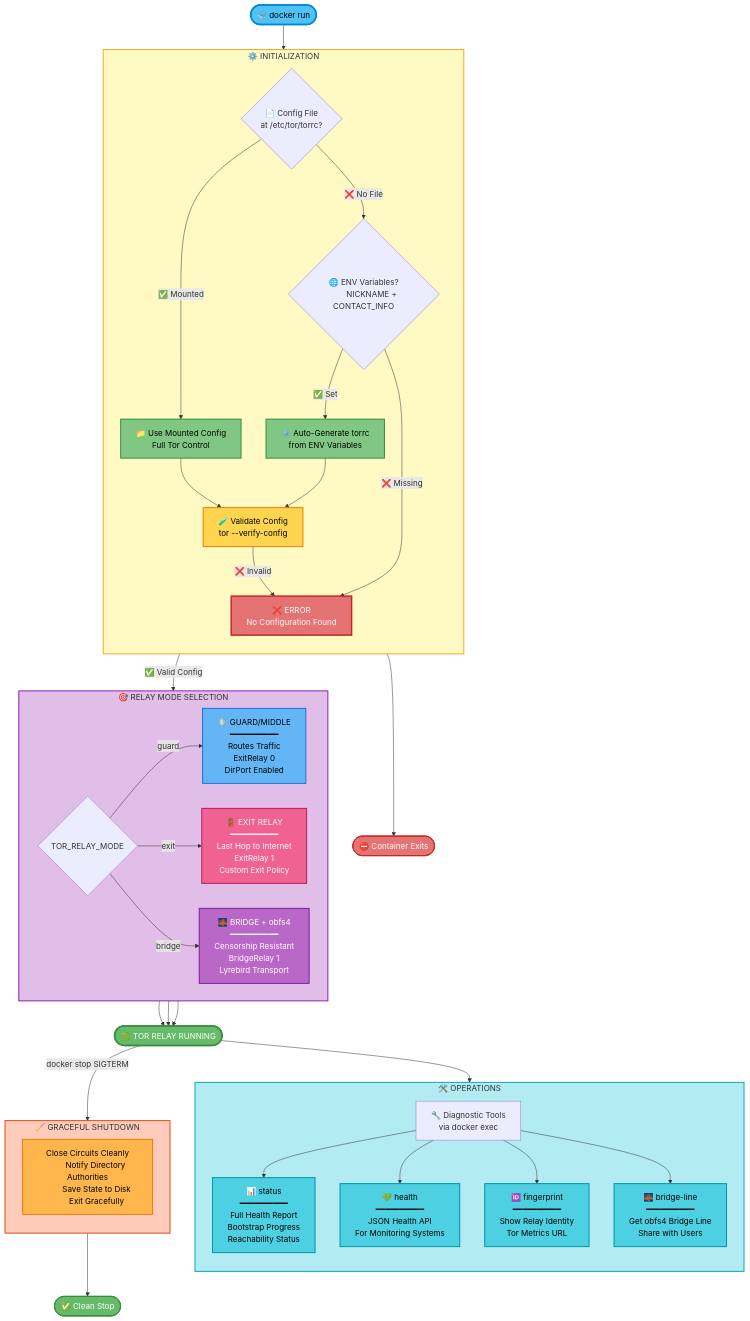
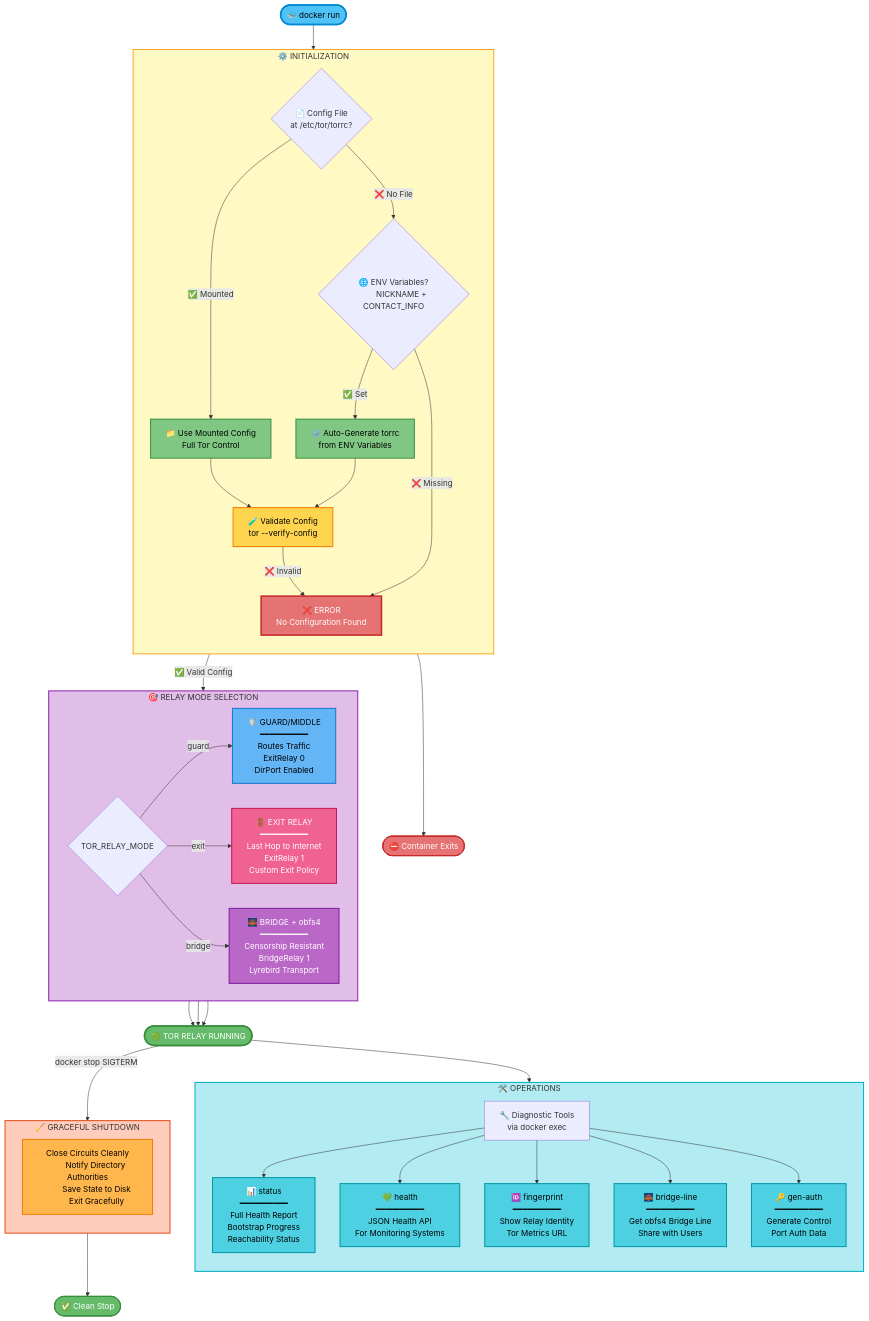
Before and after one commit to r3bo0tbx1/tor-guard-relay: the diagram in README.md, drawn with Mermaid. The commit also changed other lines of this file and 29 other files, not shown here.

First line of the commit message:
✨ feat: add gen-auth tool and refactor compose templates

```diff
--- a/README.md
+++ b/README.md
@@ -581,6 +603,10 @@
         ━━━━━━━━━━
         Get obfs4 Bridge Line
         Share with Users"]
+        Tools --> GenAuth["🔑 gen-auth
+        ━━━━━━━━━━
+        Generate Control
+        Port Auth Data"]
     end
 
     Running -->|docker stop SIGTERM| Shutdown
@@ -612,6 +638,7 @@
     style Health fill:#4DD0E1,stroke:#0097A7,stroke-width:2px,color:#000
     style Finger fill:#4DD0E1,stroke:#0097A7,stroke-width:2px,color:#000
     style BLine fill:#4DD0E1,stroke:#0097A7,stroke-width:2px,color:#000
+    style GenAuth fill:#4DD0E1,stroke:#0097A7,stroke-width:2px,color:#000
     
     style Graceful fill:#FFB74D,stroke:#F57C00,stroke-width:2px,color:#000
     style End fill:#E57373,stroke:#C62828,stroke-width:2px,color:#fff
```
